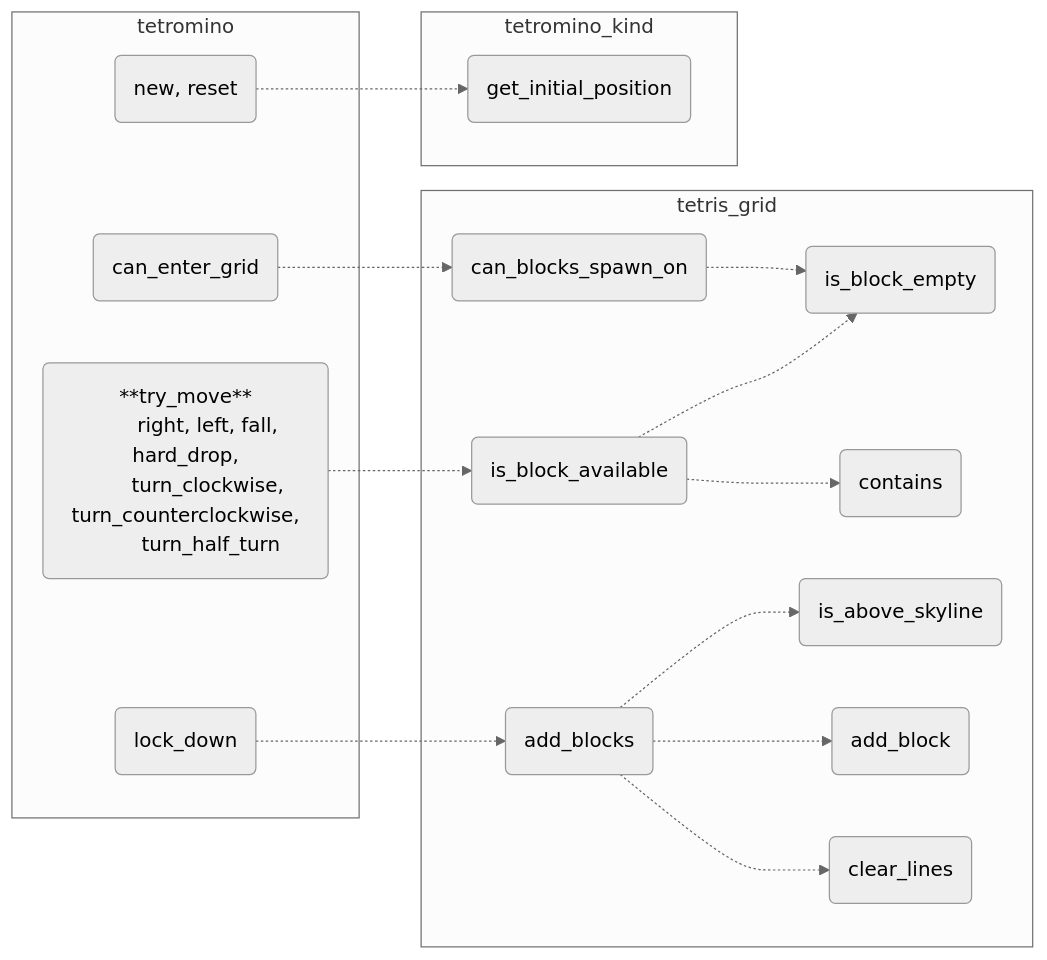
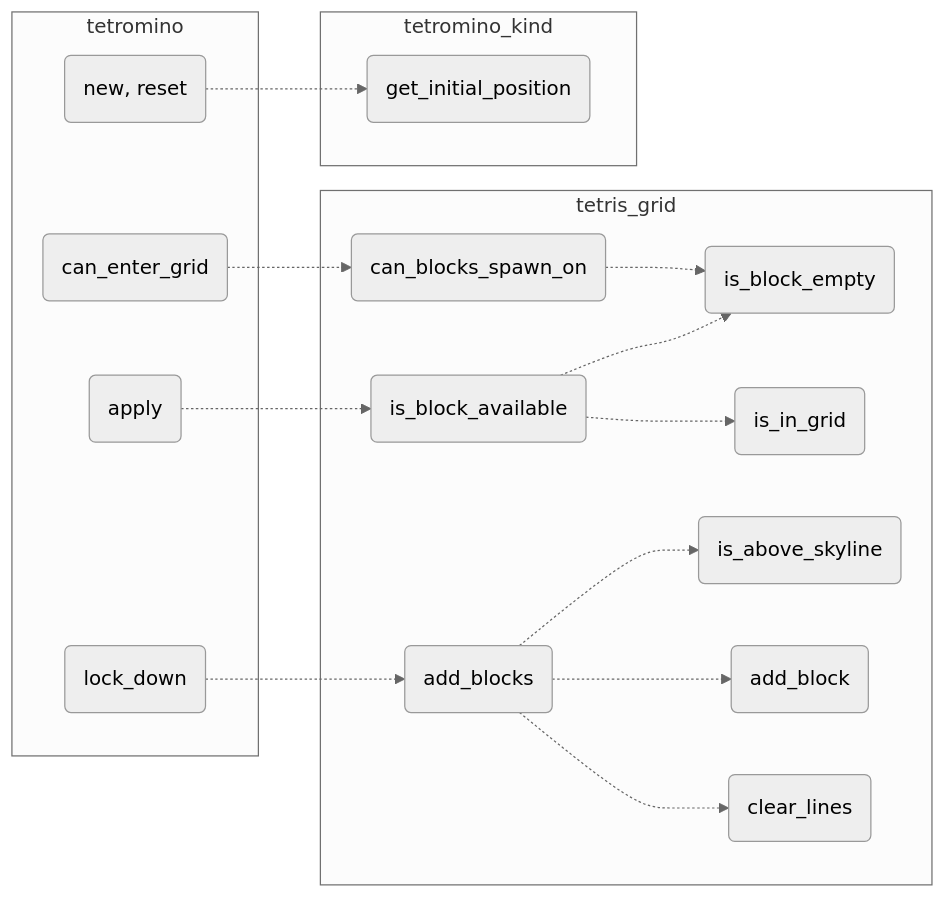
Before and after one commit to inesvar/tetris: the diagram in src/app/player/core/use_tetromino_flowgraph.mmd, drawn with Mermaid (neutral theme). The commit also changed 4 other files, not shown here.

```diff
--- a/src/app/player/core/use_tetromino_flowgraph.mmd
+++ b/src/app/player/core/use_tetromino_flowgraph.mmd
@@ -1,42 +1,39 @@
 graph LR
     %% objects
     is_block_empty(is_block_empty)
-    contains(contains)
+    is_in_grid(is_in_grid)
     is_above_skyline(is_above_skyline)
     add_block(add_block)
     clear_lines(clear_lines)
     is_block_available(is_block_available)
     can_blocks_spawn_on(can_blocks_spawn_on)
     add_blocks(add_blocks)
-    try_move(**try_move**
-        right, left, fall, hard_drop,
-        turn_clockwise, turn_counterclockwise,
-        turn_half_turn)
+    apply(apply)
     can_enter_grid(can_enter_grid)
     lock_down(lock_down)
     new(new, reset)
     get_initial_position(get_initial_position)
 
     %% modules
     tetris_grid[tetris_grid]
     tetromino[tetromino]
     tetromino_kind[tetromino_kind]
 
     subgraph tetris_grid
         can_blocks_spawn_on -.-> is_block_empty
-        is_block_available -.-> contains & is_block_empty
+        is_block_available -.-> is_in_grid & is_block_empty
         add_blocks -.-> add_block & clear_lines & is_above_skyline
     end
 
     subgraph tetromino_kind
         get_initial_position
     end
 
     subgraph tetromino
-        new & can_enter_grid & try_move & lock_down
+        new & can_enter_grid & apply & lock_down
     end
 
     new -.-> get_initial_position
     can_enter_grid -.-> can_blocks_spawn_on
-    try_move -.-> is_block_available
+    apply -.-> is_block_available
     lock_down -.-> add_blocks
```
